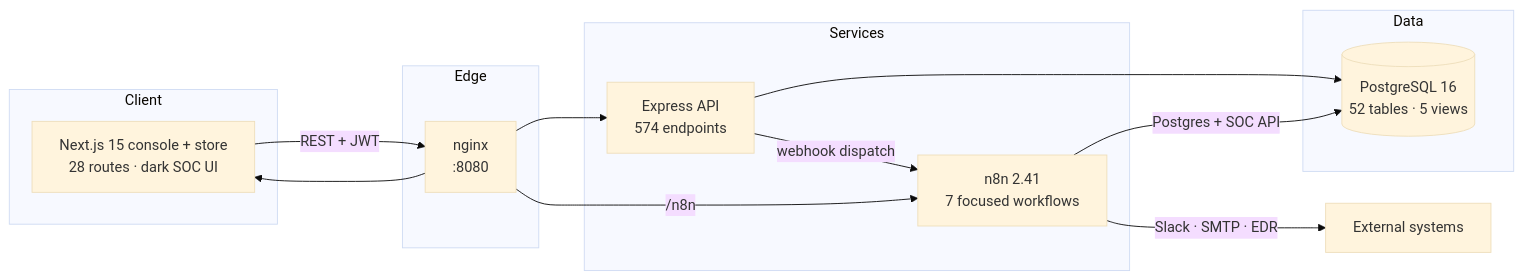
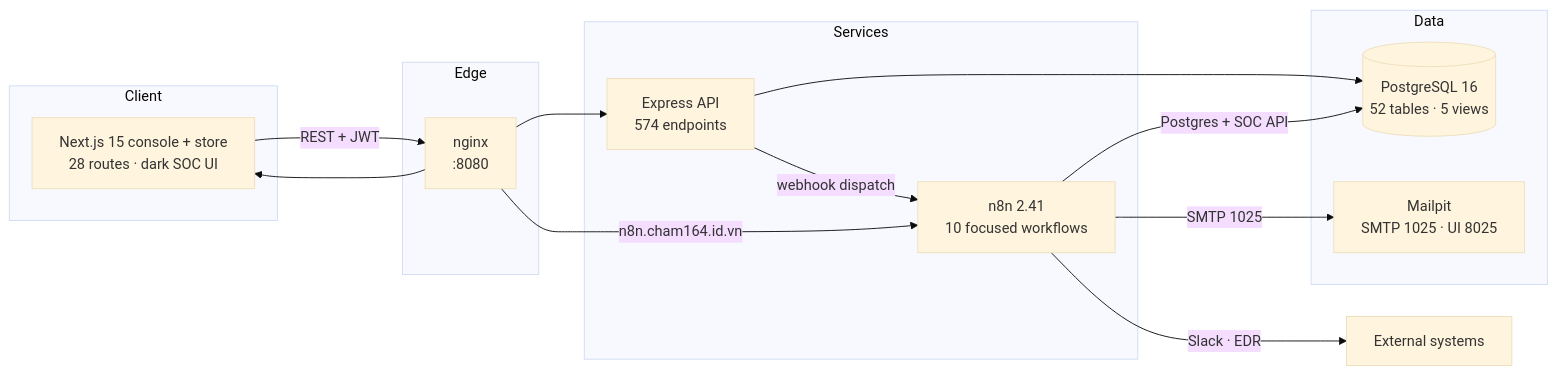
Before and after one commit to Chamm286/MedicareGuard: the diagram in README.md, drawn with Mermaid (base theme). The commit also changed other lines of this file and 5 other files, not shown here.

````diff
--- a/README.md
+++ b/README.md
@@ -59,28 +59,30 @@
 ```mermaid
 flowchart LR
   subgraph Client
     B["Next.js 15 console + store<br/>28 routes · dark SOC UI"]
   end
 
   subgraph Edge
     N["nginx<br/>:8080"]
   end
 
   subgraph Services
     A["Express API<br/>574 endpoints"]
-    W["n8n 2.41<br/>7 focused workflows"]
+    W["n8n 2.41<br/>10 focused workflows"]
   end
 
   subgraph Data
     P[("PostgreSQL 16<br/>52 tables · 5 views")]
+    M["Mailpit<br/>SMTP 1025 · UI 8025"]
   end
 
   B -->|REST + JWT| N
   N --> A
   N --> B
-  N -->|/n8n| W
+  N -->|n8n.cham164.id.vn| W
   A --> P
   W -->|Postgres + SOC API| P
-  W -->|Slack · SMTP · EDR| X["External systems"]
+  W -->|SMTP 1025| M
+  W -->|Slack · EDR| X["External systems"]
   A -->|webhook dispatch| W
 ```
````
